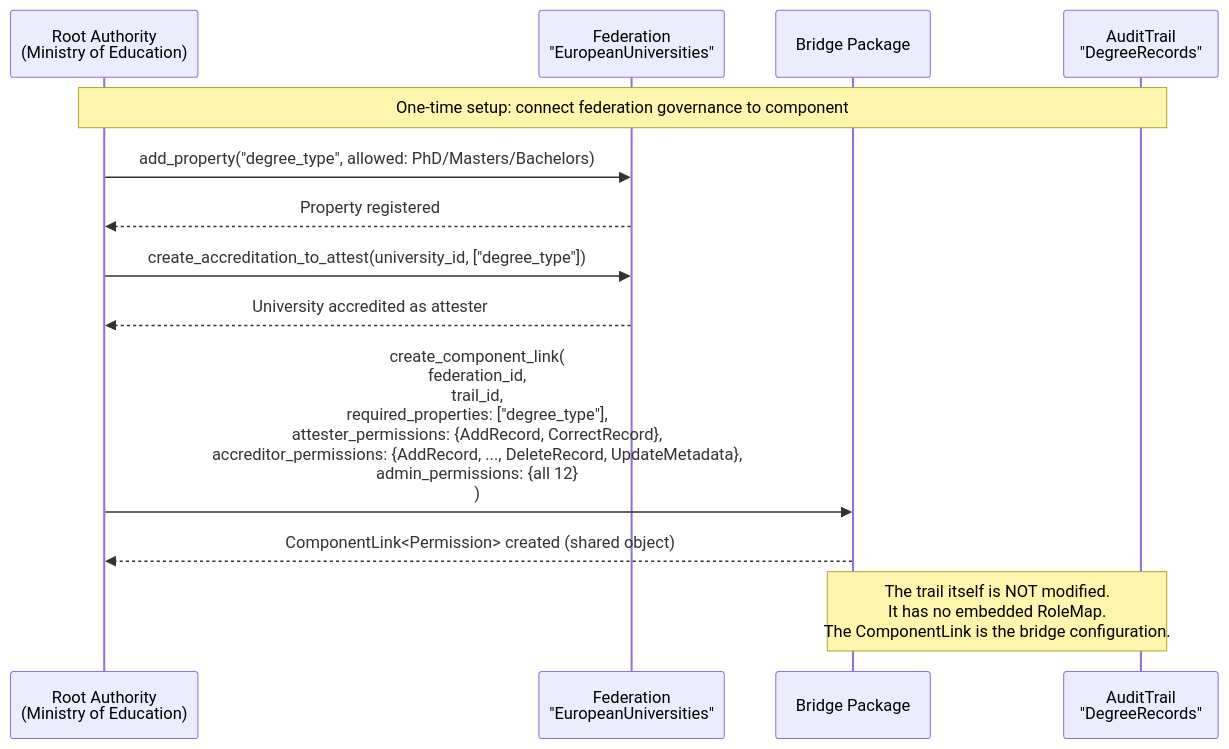
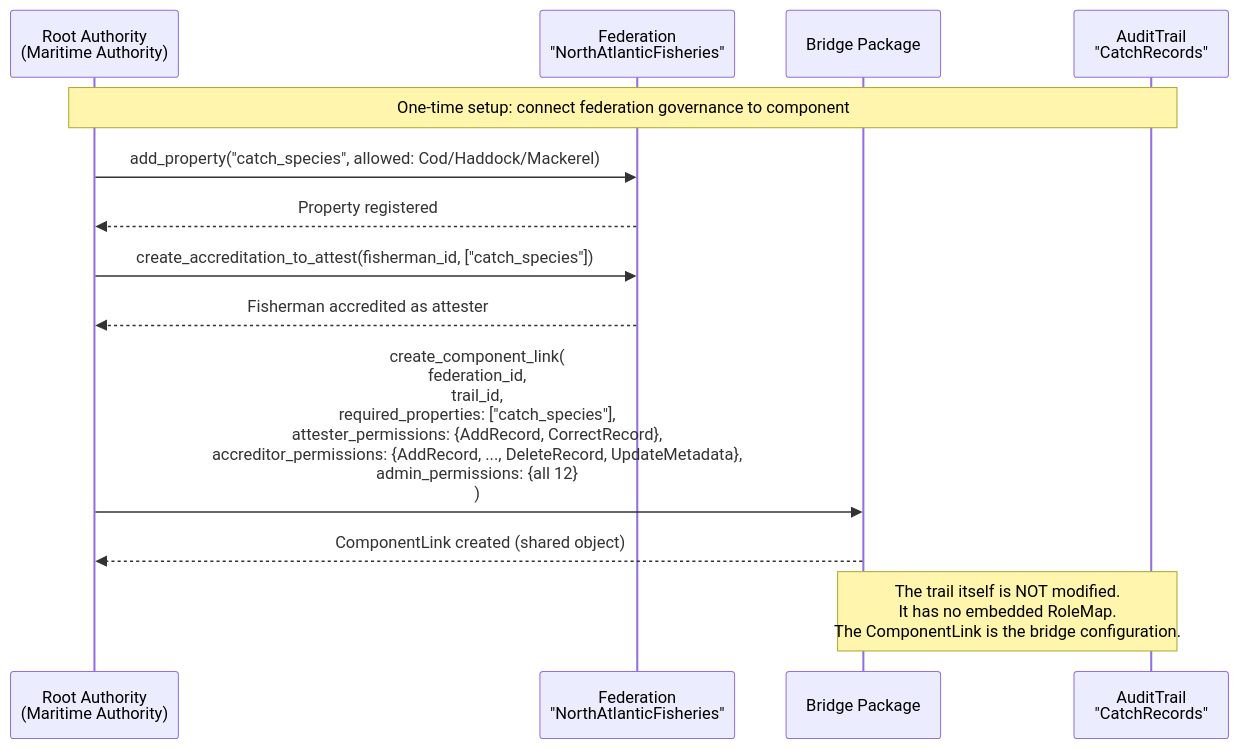
The second of 7 diagrams in resources/access-controller-bridge.md (qrayven/acb), drawn with Mermaid before and after one commit. The commit also changed other lines of this file, not shown here.

````diff
--- a/resources/access-controller-bridge.md
+++ b/resources/access-controller-bridge.md
@@ -852,20 +852,20 @@
 ```mermaid
 sequenceDiagram
-    participant RA as Root Authority<br/>(Ministry of Education)
-    participant Fed as Federation<br/>"EuropeanUniversities"
+    participant RA as Root Authority<br/>(Maritime Authority)
+    participant Fed as Federation<br/>"NorthAtlanticFisheries"
     participant Bridge as Bridge Package
-    participant Trail as AuditTrail<br/>"DegreeRecords"
+    participant Trail as AuditTrail<br/>"CatchRecords"
 
     Note over RA,Trail: One-time setup: connect federation governance to component
 
-    RA->>Fed: add_property("degree_type", allowed: PhD/Masters/Bachelors)
+    RA->>Fed: add_property("catch_species", allowed: Cod/Haddock/Mackerel)
     Fed-->>RA: Property registered
 
-    RA->>Fed: create_accreditation_to_attest(university_id, ["degree_type"])
-    Fed-->>RA: University accredited as attester
+    RA->>Fed: create_accreditation_to_attest(fisherman_id, ["catch_species"])
+    Fed-->>RA: Fisherman accredited as attester
 
-    RA->>Bridge: create_component_link(<br/>  federation_id,<br/>  trail_id,<br/>  required_properties: ["degree_type"],<br/>  attester_permissions: {AddRecord, CorrectRecord},<br/>  accreditor_permissions: {AddRecord, ..., DeleteRecord, UpdateMetadata},<br/>  admin_permissions: {all 12}<br/>)
-    Bridge-->>RA: ComponentLink<Permission> created (shared object)
+    RA->>Bridge: create_component_link(<br/>  federation_id,<br/>  trail_id,<br/>  required_properties: ["catch_species"],<br/>  attester_permissions: {AddRecord, CorrectRecord},<br/>  accreditor_permissions: {AddRecord, ..., DeleteRecord, UpdateMetadata},<br/>  admin_permissions: {all 12}<br/>)
+    Bridge-->>RA: ComponentLink created (shared object)
 
     Note over Bridge,Trail: The trail itself is NOT modified.<br/>It has no embedded RoleMap.<br/>The ComponentLink is the bridge configuration.
 ```
````
